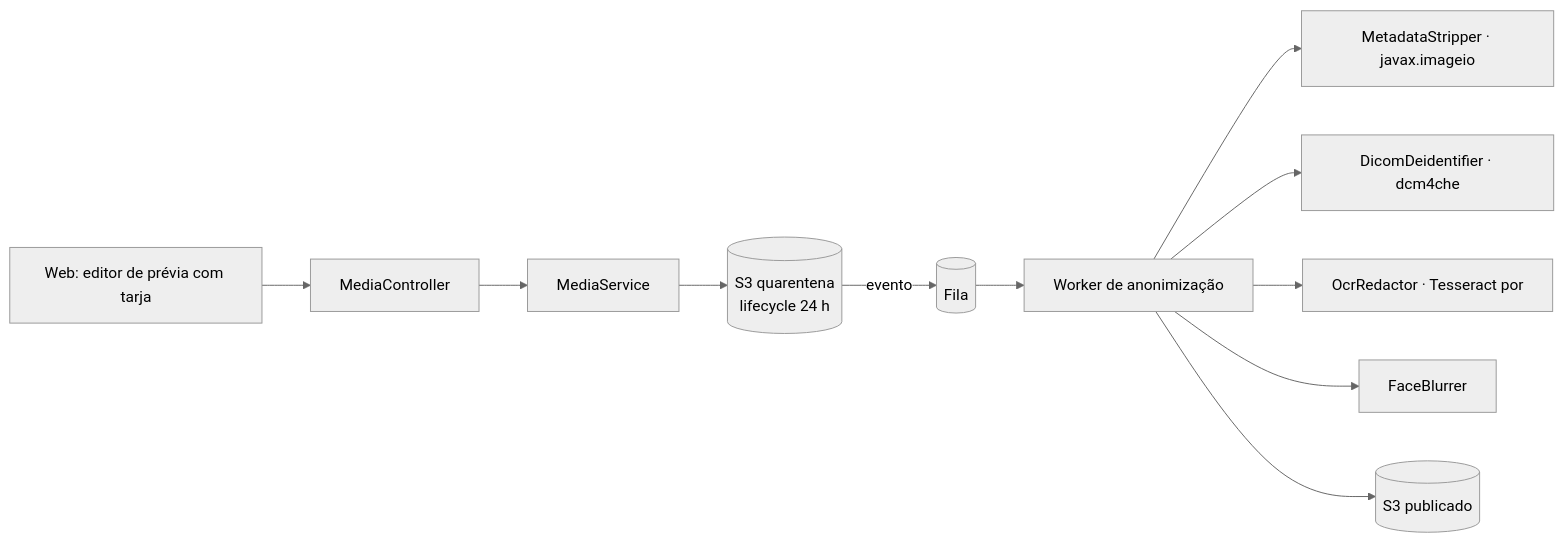
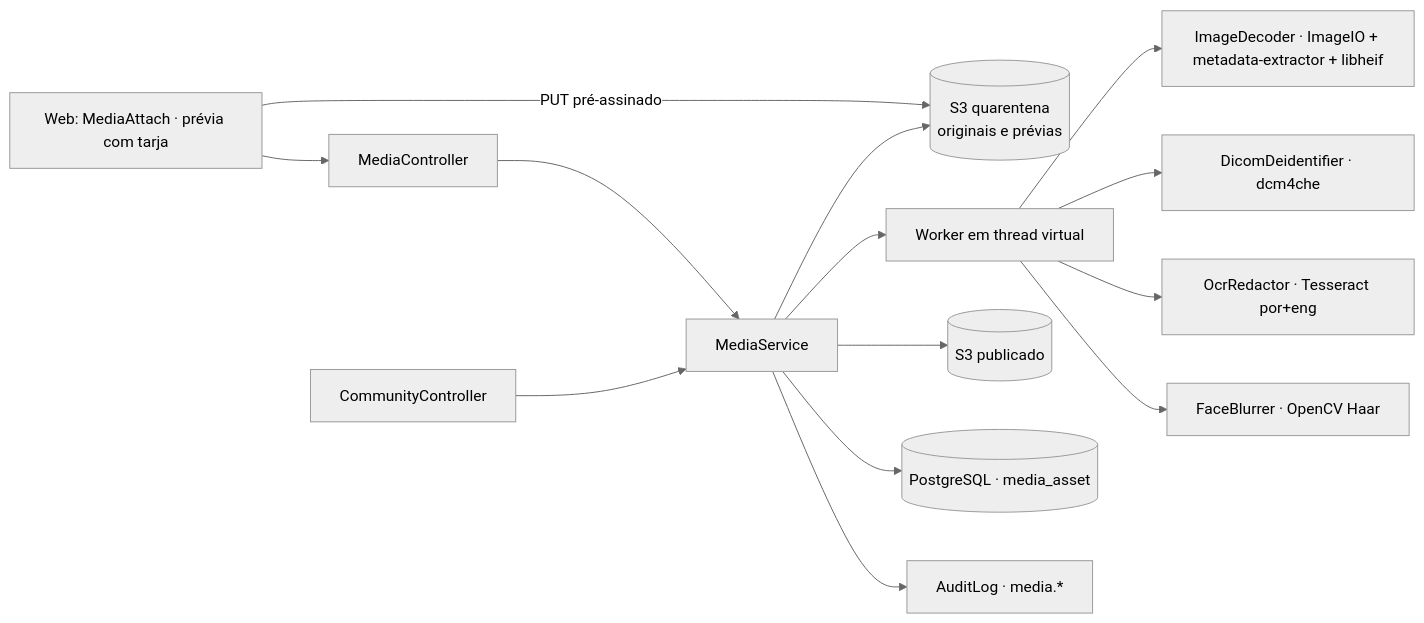
The fourth of 5 diagrams in docs/rf/RF05-anonimizacao-de-midia.md (MatheusHaliski/doctor_explorer), drawn with Mermaid (neutral theme) before and after one commit. The commit also changed other lines of this file and 38 other files, not shown here.

First line of the commit message:
RF05: anonimização de mídia completa no web e na API; RF13: cadeia confirmada e download revalidado

````diff
--- a/docs/rf/RF05-anonimizacao-de-midia.md
+++ b/docs/rf/RF05-anonimizacao-de-midia.md
@@ -120,13 +173,16 @@
 ```mermaid
 flowchart LR
-    UI[Web: editor de prévia com tarja] --> MC[MediaController]
+    UI[Web: MediaAttach · prévia com tarja] --> MC[MediaController]
+    UI -- PUT pré-assinado --> S3Q
     MC --> MS[MediaService]
-    MS --> S3Q[(S3 quarentena<br/>lifecycle 24 h)]
-    S3Q -- evento --> Q[(Fila)]
-    Q --> W[Worker de anonimização]
-    W --> MS1[MetadataStripper · javax.imageio]
+    MS --> S3Q[(S3 quarentena<br/>originais e prévias)]
+    MS --> W[Worker em thread virtual]
+    W --> ID[ImageDecoder · ImageIO + metadata-extractor + libheif]
     W --> DD[DicomDeidentifier · dcm4che]
-    W --> OCR[OcrRedactor · Tesseract por]
-    W --> FB[FaceBlurrer]
-    W --> S3P[(S3 publicado)]
+    W --> OCR[OcrRedactor · Tesseract por+eng]
+    W --> FB[FaceBlurrer · OpenCV Haar]
+    MS --> S3P[(S3 publicado)]
+    MS --> PG[(PostgreSQL · media_asset)]
+    MS --> AU[AuditLog · media.*]
+    CC[CommunityController] --> MS
 ```
````
